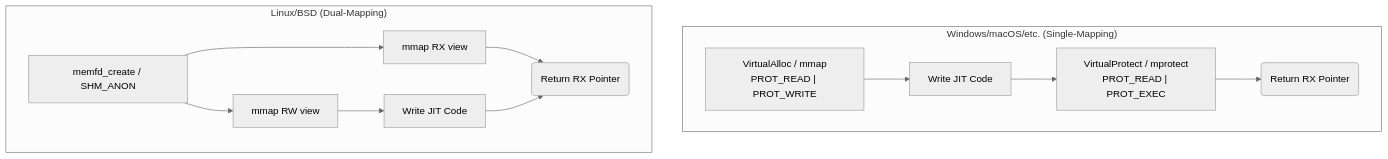
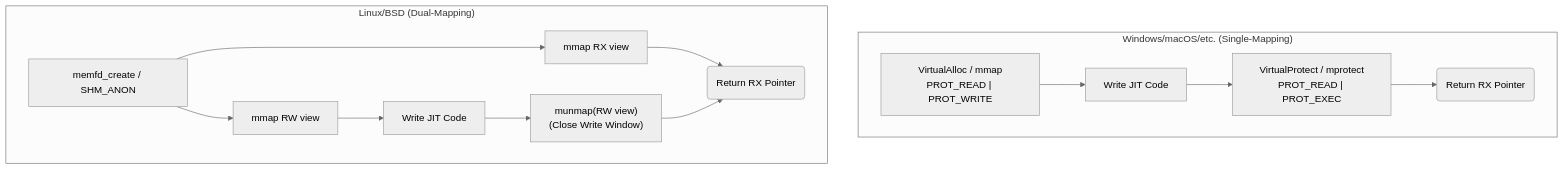
Before and after one commit to sanko/infix: the third of 3 diagrams in docs/internals.md, drawn with Mermaid (neutral theme). The commit also changed other lines of this file and 1 other file, not shown here.

````diff
--- a/docs/internals.md
+++ b/docs/internals.md
@@ -166,15 +169,16 @@
 ```mermaid
 graph TD
     subgraph "Windows/macOS/etc. (Single-Mapping)"
         A["VirtualAlloc / mmap<br>PROT_READ | PROT_WRITE"] --> B[Write JIT Code];
         B --> C["VirtualProtect / mprotect<br>PROT_READ | PROT_EXEC"];
         C --> D(Return RX Pointer);
     end
     subgraph "Linux/BSD (Dual-Mapping)"
         E[memfd_create / SHM_ANON] --> F[mmap RW view];
         E --> G[mmap RX view];
         F --> H[Write JIT Code];
-        G --> I(Return RX Pointer);
-        H --> I;
+        H --> I["munmap(RW view)<br>(Close Write Window)"];
+        G --> J(Return RX Pointer);
+        I --> J;
     end
 ```
````
